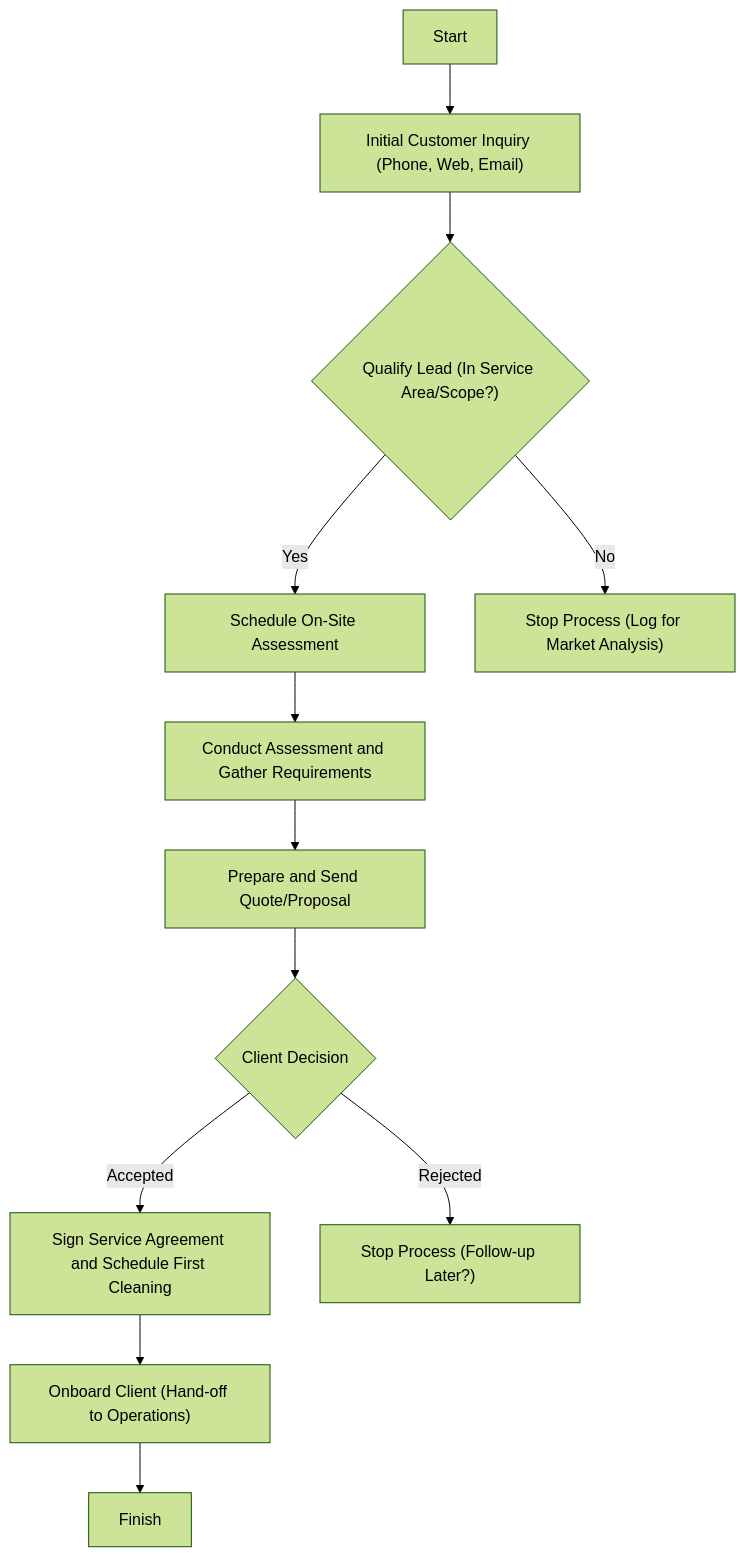
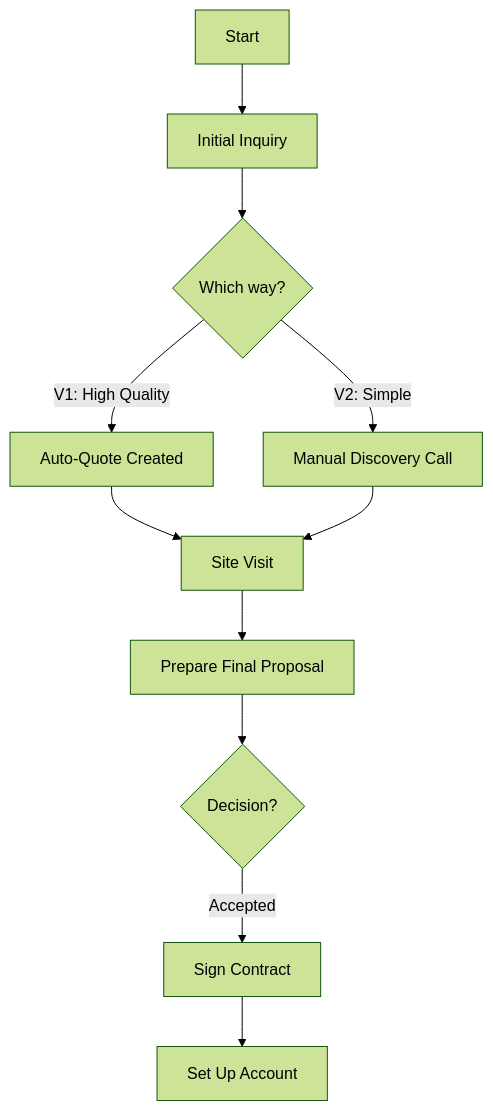
One commit to Humbertoed11/hwb-institutional-website changed the diagram in HWB-COMPANY/HWB-SALES-MARKETING/HWB-QMS-8.0 Sales Process SOP with Flowchart.md. Above: the diagram before and after it, drawn with Mermaid (forest theme). The commit also changed other lines of this file and 236 other files, not shown here.

`````diff
--- a/HWB-COMPANY/HWB-SALES-MARKETING/HWB-QMS-8.0 Sales Process SOP with Flowchart.md
+++ b/HWB-COMPANY/HWB-SALES-MARKETING/HWB-QMS-8.0 Sales Process SOP with Flowchart.md
@@ -34,14 +34,13 @@
-````mermaid
-graph TD;
-    A[Start] --> B["Initial Customer Inquiry (Phone, Web, Email)"];
-    B --> C{"Qualify Lead (In Service Area/Scope?)"};
-    C -- Yes --> D["Schedule On-Site Assessment"];
-    C -- No --> E["Stop Process (Log for Market Analysis)"];
-    D --> F["Conduct Assessment and Gather Requirements"];
-    F --> G["Prepare and Send Quote/Proposal"];
-    G --> H{"Client Decision"};
-    H -- Accepted --> I["Sign Service Agreement and Schedule First Cleaning"];
-    H -- Rejected --> J["Stop Process (Follow-up Later?)"];
-    I --> K["Onboard Client (Hand-off to Operations)"];
-    K --> L[Finish];
-````
+```mermaid
+graph TD
+    A[Start] --> B[Initial Inquiry]
+    B --> C{Which way?}
+    C -- V1: High Quality --> D[Auto-Quote Created]
+    C -- V2: Simple --> E[Manual Discovery Call]
+    D --> F[Site Visit]
+    E --> F
+    F --> G[Prepare Final Proposal]
+    G --> H{Decision?}
+    H -- Accepted --> I[Sign Contract]
+    I --> K[Set Up Account]
+```
`````
